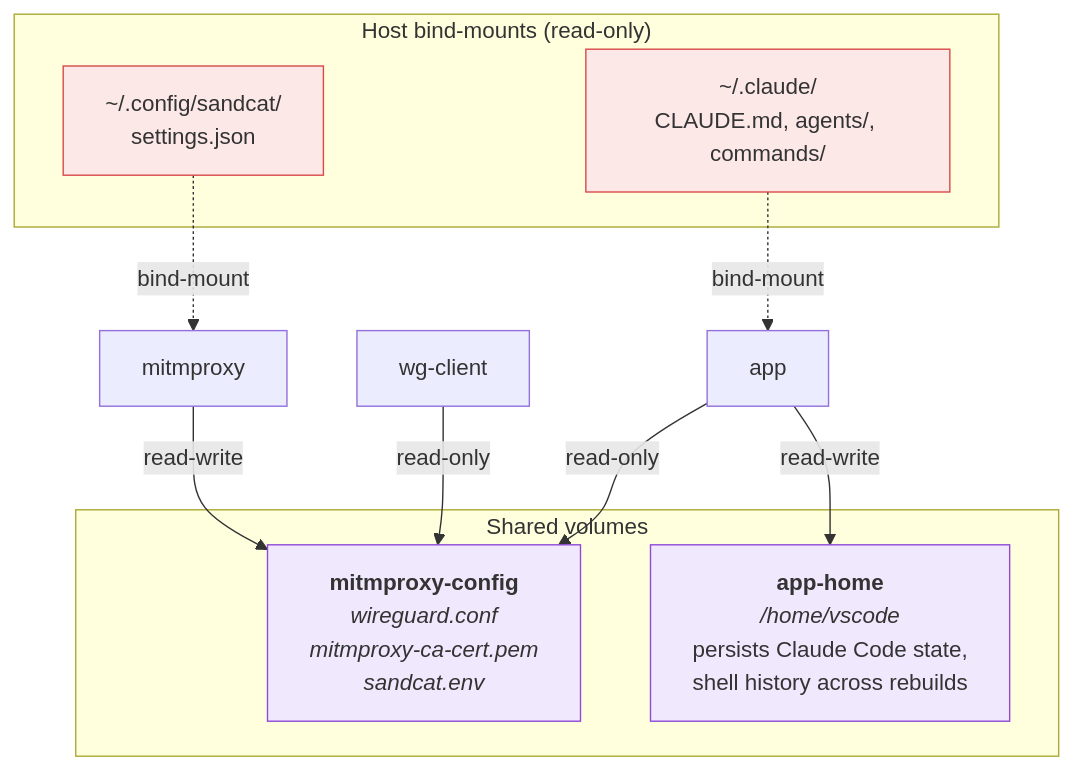
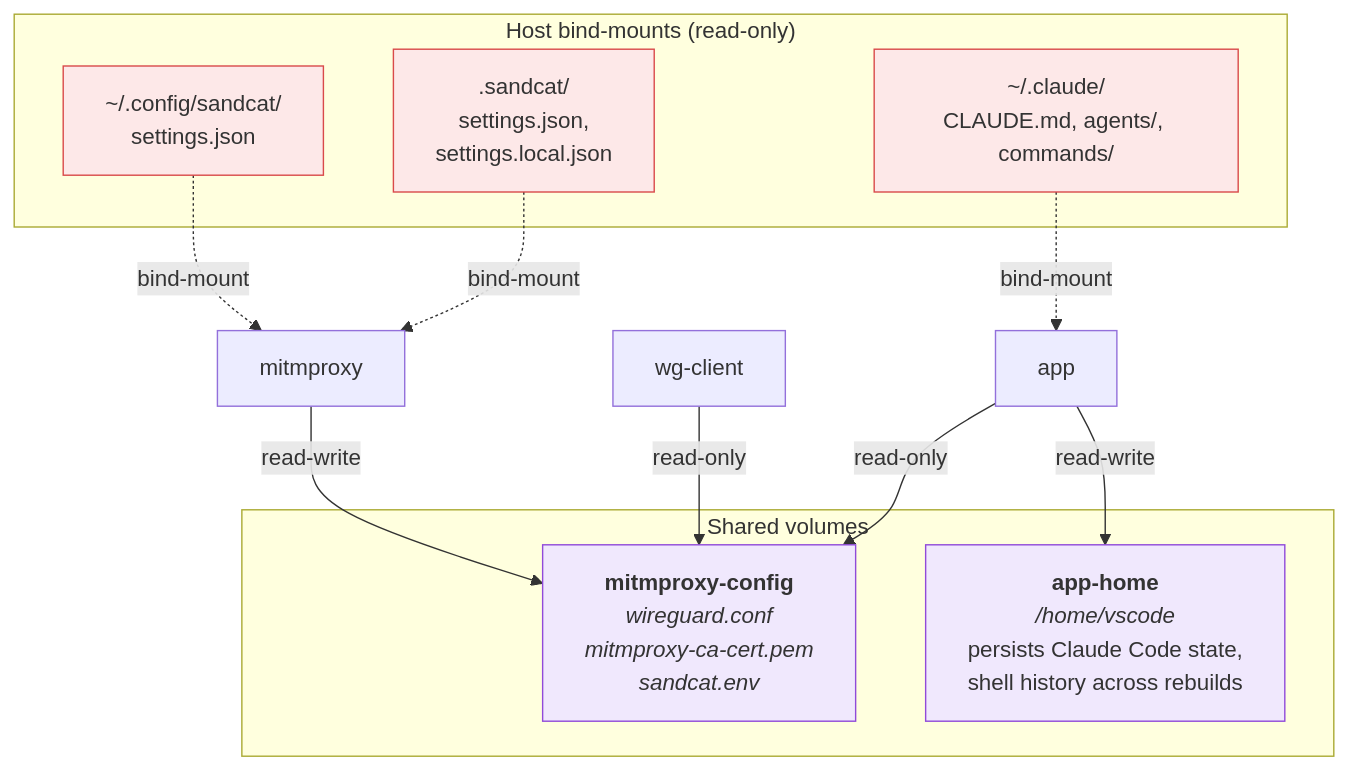
Before and after one commit to softwaremill/sandcat: the second of 3 diagrams in README.md, drawn with Mermaid. The commit also changed other lines of this file and 5 other files, not shown here.

First line of the commit message:
Support layered settings: user, project, and local

````diff
--- a/README.md
+++ b/README.md
@@ -326,24 +371,27 @@
 ```mermaid
 flowchart TB
     subgraph volumes["Shared volumes"]
         mc["<b>mitmproxy-config</b><br/><i>wireguard.conf</i><br/><i>mitmproxy-ca-cert.pem</i><br/><i>sandcat.env</i>"]
         ah["<b>app-home</b><br/><i>/home/vscode</i><br/>persists Claude Code state,<br/>shell history across rebuilds"]
     end
 
     subgraph host["Host bind-mounts (read-only)"]
         settings["~/.config/sandcat/<br/>settings.json"]
+        projsettings[".sandcat/<br/>settings.json,<br/>settings.local.json"]
         claude["~/.claude/<br/>CLAUDE.md, agents/, commands/"]
     end
 
     mitm["mitmproxy"] -- "read-write" --> mc
     wg["wg-client"] -- "read-only" --> mc
     app["app"] -- "read-only" --> mc
     app -- "read-write" --> ah
     settings -. "bind-mount" .-> mitm
+    projsettings -. "bind-mount" .-> mitm
     claude -. "bind-mount" .-> app
 
     style mc fill:#f0e8fd,stroke:#904ad9
     style ah fill:#f0e8fd,stroke:#904ad9
     style settings fill:#fde8e8,stroke:#d94a4a
+    style projsettings fill:#fde8e8,stroke:#d94a4a
     style claude fill:#fde8e8,stroke:#d94a4a
 ```
````
